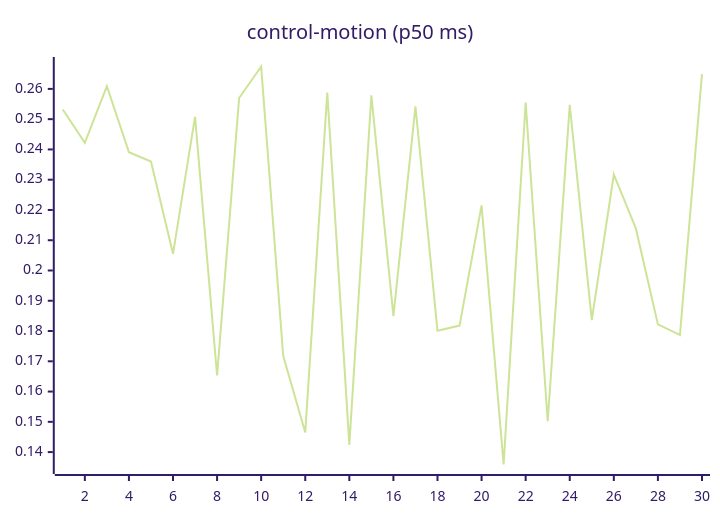
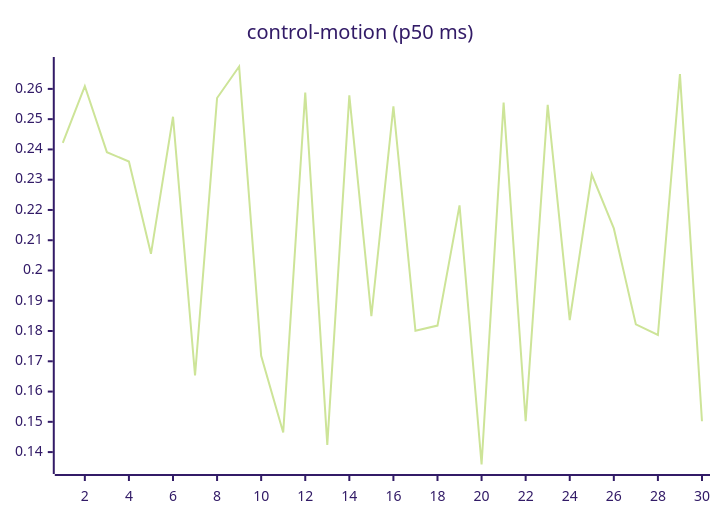
The seventh of 27 diagrams in README.md (josha/Facet), drawn with Mermaid (forest theme) before and after one commit. The commit also changed other lines of this file and 2 other files, not shown here.

````diff
--- a/README.md
+++ b/README.md
@@ -105,6 +105,6 @@
 ```mermaid
 xychart-beta
     title "control-motion (p50 ms)"
     x-axis 1 --> 30
-    line [0.2532, 0.2422, 0.2609, 0.2391, 0.2360, 0.2055, 0.2508, 0.1653, 0.2570, 0.2674, 0.1718, 0.1465, 0.2588, 0.1424, 0.2579, 0.1849, 0.2542, 0.1801, 0.1818, 0.2215, 0.1359, 0.2555, 0.1502, 0.2547, 0.1836, 0.2317, 0.2139, 0.1822, 0.1787, 0.2649]
+    line [0.2422, 0.2609, 0.2391, 0.2360, 0.2055, 0.2508, 0.1653, 0.2570, 0.2674, 0.1718, 0.1465, 0.2588, 0.1424, 0.2579, 0.1849, 0.2542, 0.1801, 0.1818, 0.2215, 0.1359, 0.2555, 0.1502, 0.2547, 0.1836, 0.2317, 0.2139, 0.1822, 0.1787, 0.2649, 0.1502]
 ```
````
